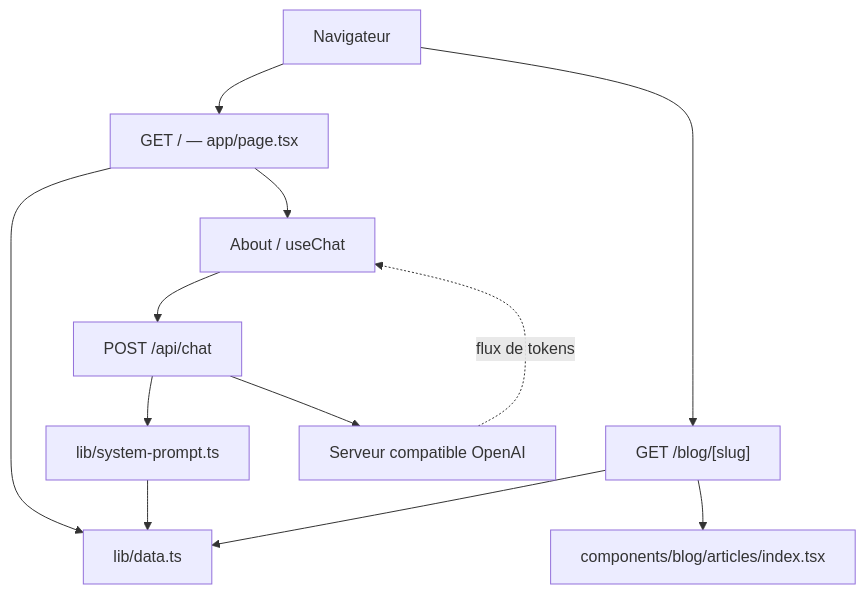
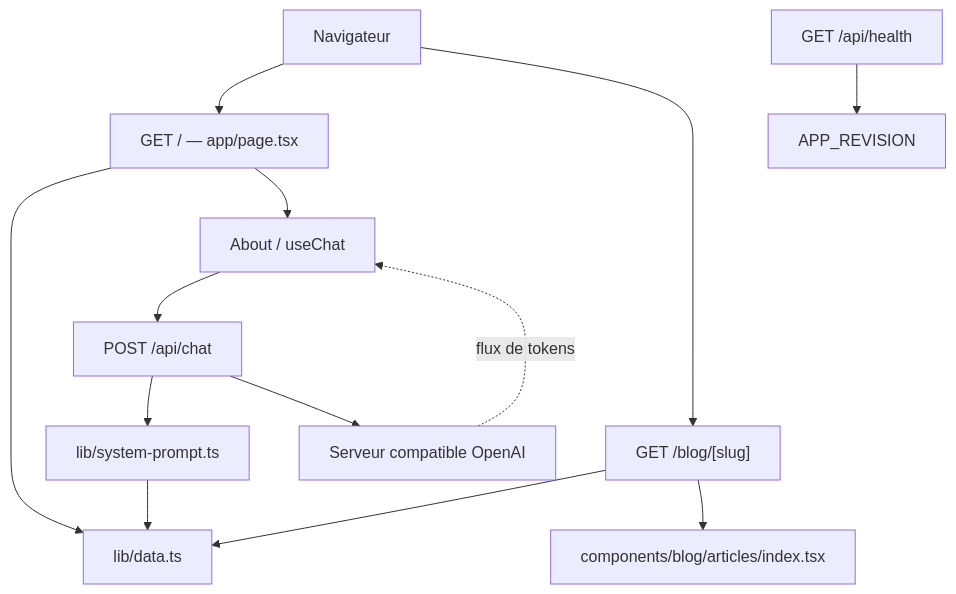
One commit to alexcommeau/my-portfolio changed the diagram in CONTEXT.md. Above: the diagram before and after it, drawn with Mermaid. The commit also changed other lines of this file and 7 other files, not shown here.

````diff
--- a/CONTEXT.md
+++ b/CONTEXT.md
@@ -107,24 +127,26 @@
 ```mermaid
 flowchart TD
     Browser[Navigateur]
     Home["GET / — app/page.tsx"]
     Blog["GET /blog/[slug]"]
     ChatUI["About / useChat"]
     ChatAPI["POST /api/chat"]
+    Health["GET /api/health"]
     Prompt["lib/system-prompt.ts"]
     Data["lib/data.ts"]
     LLM["Serveur compatible OpenAI"]
     Registry["components/blog/articles/index.tsx"]
 
     Browser --> Home
     Browser --> Blog
     Home --> Data
     Blog --> Data
     Blog --> Registry
     Home --> ChatUI
     ChatUI --> ChatAPI
     ChatAPI --> Prompt
     Prompt --> Data
     ChatAPI --> LLM
     LLM -. flux de tokens .-> ChatUI
+    Health --> Revision["APP_REVISION"]
 ```
````
